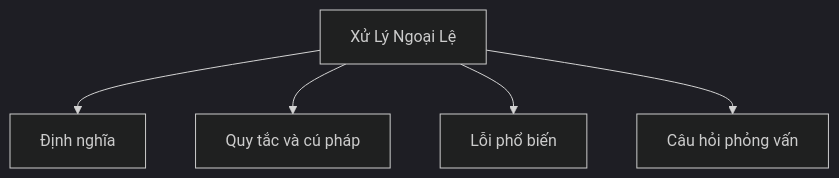
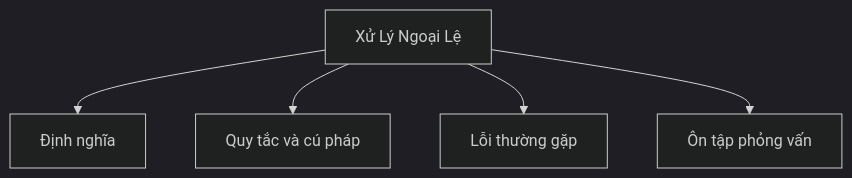
Before and after one commit to PhuThien2005/theoretical-of-java-core: the diagram in vi/12-exception-handling/README.md, drawn with Mermaid (dark theme). The commit also changed other lines of this file and 229 other files, not shown here.

````diff
--- a/vi/12-exception-handling/README.md
+++ b/vi/12-exception-handling/README.md
@@ -66,7 +66,7 @@
 ```mermaid
 flowchart TD
     A[Xử Lý Ngoại Lệ] --> B[Định nghĩa]
     A --> C[Quy tắc và cú pháp]
-    A --> D[Lỗi phổ biến]
-    A --> E[Câu hỏi phỏng vấn]
+    A --> D[Lỗi thường gặp]
+    A --> E[Ôn tập phỏng vấn]
 ```
````
